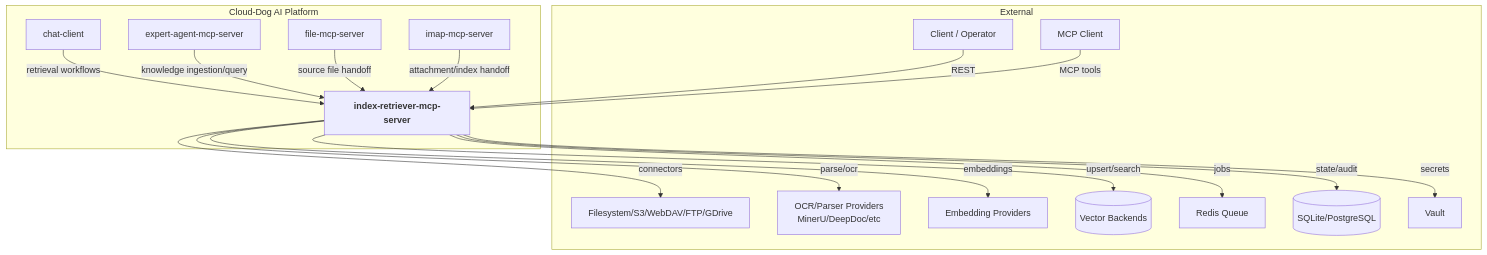
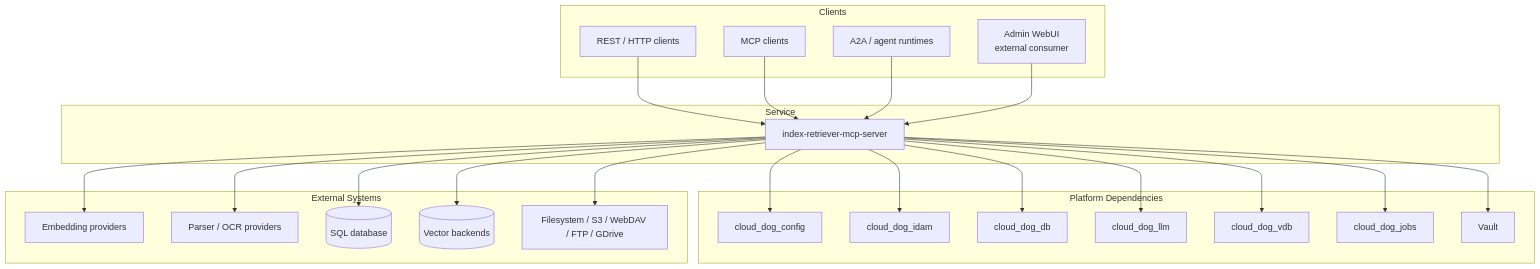
Before and after one commit to Cloud-Dog-AI/index-retriever-mcp-server: the first of 4 diagrams in docs/ARCHITECTURE.md, drawn with Mermaid. The commit also changed other lines of this file and 251 other files, not shown here.

Commit message:
W28A: commit current index-retriever delivery state

````diff
--- a/docs/ARCHITECTURE.md
+++ b/docs/ARCHITECTURE.md
@@ -11,36 +65,50 @@
 ```mermaid
 graph TB
-    subgraph External
-        USER[Client / Operator]
-        MCPCLIENT[MCP Client]
-        FILESYS[Filesystem/S3/WebDAV/FTP/GDrive]
-        OCR[OCR/Parser Providers<br/>MinerU/DeepDoc/etc]
-        EMB[Embedding Providers]
-        VDB[(Vector Backends)]
-        REDIS[Redis Queue]
-        DB[(SQLite/PostgreSQL)]
+    subgraph Clients
+        REST[REST / HTTP clients]
+        MCPCLIENT[MCP clients]
+        A2A[A2A / agent runtimes]
+        WEBUI[Admin WebUI<br/>external consumer]
+    end
+
+    subgraph Service
+        IDX[index-retriever-mcp-server]
+    end
+
+    subgraph Platform Dependencies
+        CFG[cloud_dog_config]
+        IDAM[cloud_dog_idam]
+        DB[cloud_dog_db]
+        LLM[cloud_dog_llm]
+        VDBPKG[cloud_dog_vdb]
+        JOBS[cloud_dog_jobs]
         VAULT[Vault]
     end
 
-    subgraph "Cloud-Dog AI Platform"
-        THIS[<b>index-retriever-mcp-server</b>]
-        CHAT[chat-client]
-        EXP[expert-agent-mcp-server]
-        FILE[file-mcp-server]
-        IMAP[imap-mcp-server]
+    subgraph External Systems
+        EMB[Embedding providers]
+        PARSERS[Parser / OCR providers]
+        SQL[(SQL database)]
+        VDBS[(Vector backends)]
+        STORAGE[Filesystem / S3 / WebDAV / FTP / GDrive]
     end
 
-    USER -->|REST| THIS
-    MCPCLIENT -->|MCP tools| THIS
-    CHAT -->|retrieval workflows| THIS
-    EXP -->|knowledge ingestion/query| THIS
-    FILE -->|source file handoff| THIS
-    IMAP -->|attachment/index handoff| THIS
-    THIS -->|connectors| FILESYS
-    THIS -->|parse/ocr| OCR
-    THIS -->|embeddings| EMB
-    THIS -->|upsert/search| VDB
-    THIS -->|jobs| REDIS
-    THIS -->|state/audit| DB
-    THIS -->|secrets| VAULT
+    REST --> IDX
+    MCPCLIENT --> IDX
+    A2A --> IDX
+    WEBUI --> IDX
+
+    IDX --> CFG
+    IDX --> IDAM
+    IDX --> DB
+    IDX --> LLM
+    IDX --> VDBPKG
+    IDX --> JOBS
+    IDX --> VAULT
+
+    IDX --> EMB
+    IDX --> PARSERS
+    IDX --> SQL
+    IDX --> VDBS
+    IDX --> STORAGE
 ```
````
